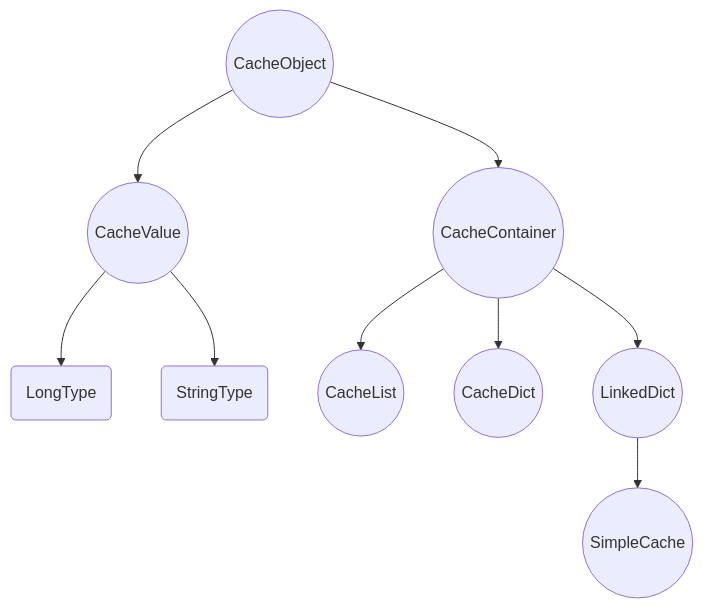
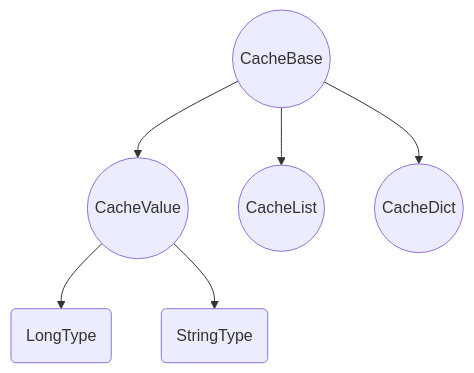
Before and after one commit to wbpcode/simplecache: the first of 2 diagrams in README.MD, drawn with Mermaid. The commit also changed other lines of this file, not shown here.

````diff
--- a/README.MD
+++ b/README.MD
@@ -7,11 +7,8 @@
 ```mermaid
 graph TD
-    A((CacheObject))-->B((CacheValue))
-    A-->C((CacheContainer))
+    A((CacheBase))-->B((CacheValue))
     B-->D(LongType)
     B-->E(StringType)
-    C-->F((CacheList))
-    C-->H((CacheDict))
-    C-->I((LinkedDict))
-    I-->J((SimpleCache))
+    A-->F((CacheList))
+    A-->H((CacheDict))
 ```
````
